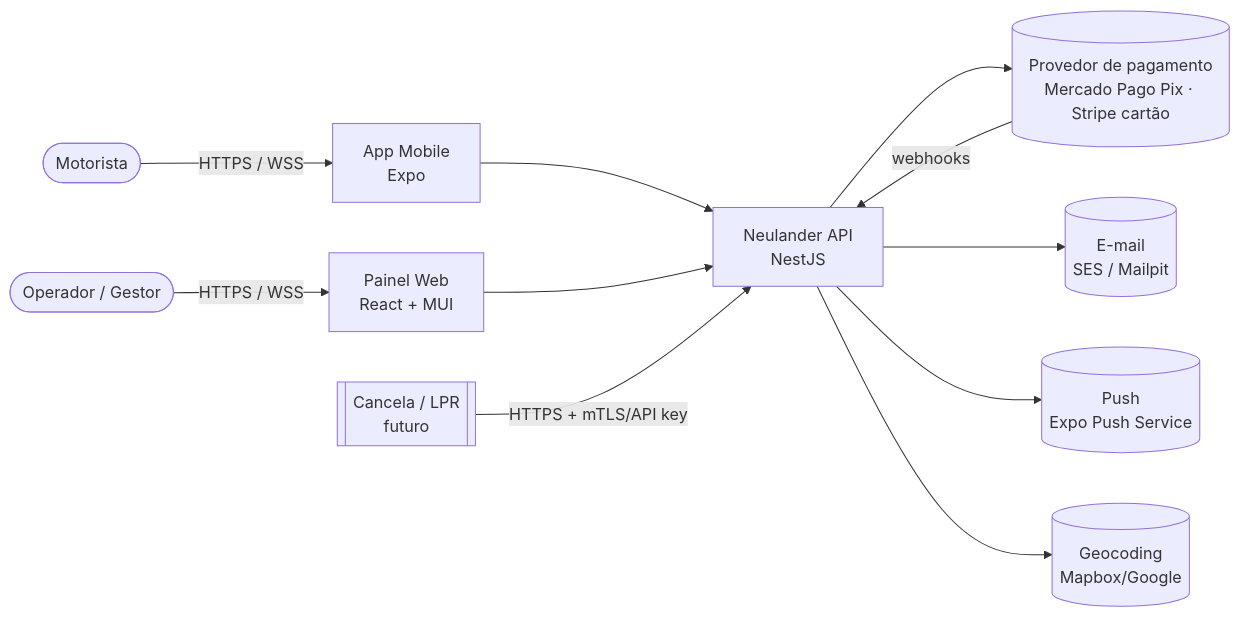
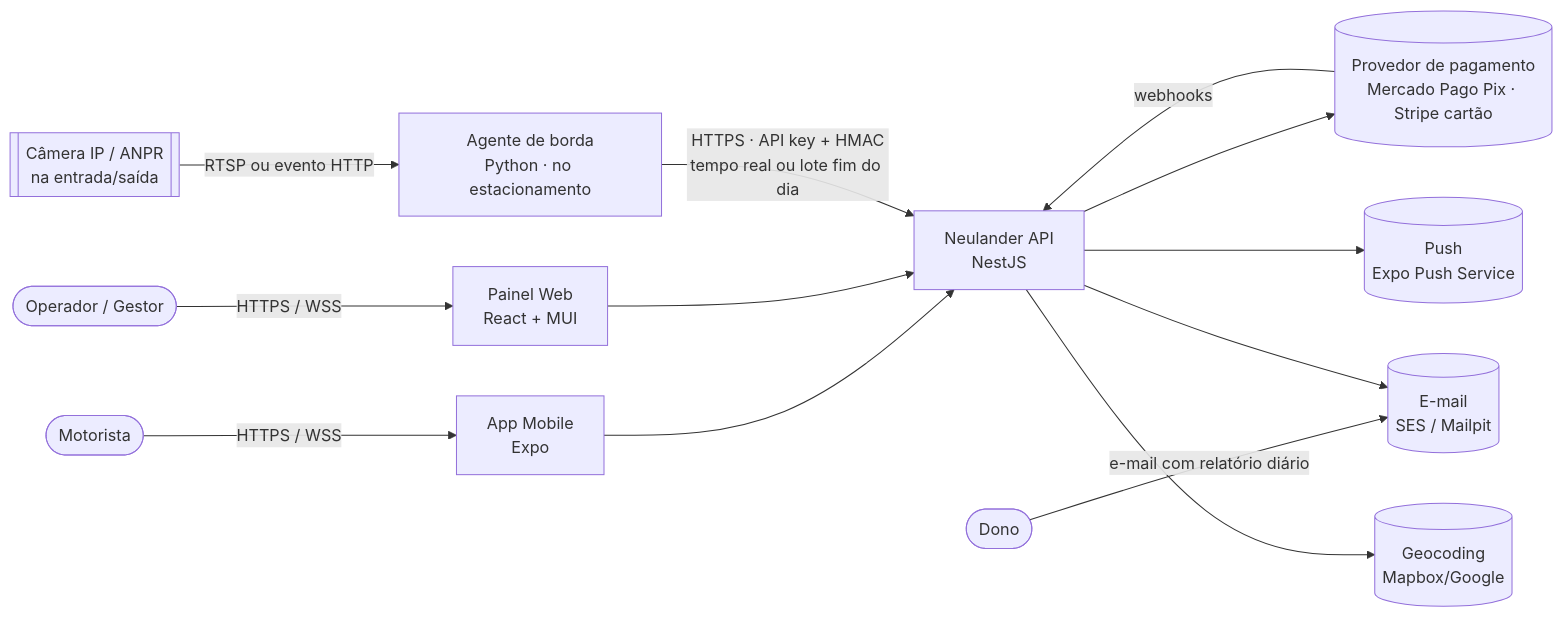
One commit to kuroneko83/neulander_parking changed the first of 3 diagrams in docs/architecture/system-design.md. Above: the diagram before and after it, drawn with Mermaid. The commit also changed other lines of this file and 18 other files, not shown here.

First line of the commit message:
docs: add LPR camera tracking and daily owner report to core scope

````diff
--- a/docs/architecture/system-design.md
+++ b/docs/architecture/system-design.md
@@ -49,13 +59,15 @@
 ```mermaid
 flowchart LR
   driver([Motorista]) -->|HTTPS / WSS| mobile[App Mobile\nExpo]
   operator([Operador / Gestor]) -->|HTTPS / WSS| web[Painel Web\nReact + MUI]
   mobile --> api
   web --> api
-  gate[[Cancela / LPR\nfuturo]] -->|HTTPS + mTLS/API key| api
+  cam[[Câmera IP / ANPR\nna entrada/saída]] -->|RTSP ou evento HTTP| edge[Agente de borda\nPython · no estacionamento]
+  edge -->|HTTPS · API key + HMAC\ntempo real ou lote fim do dia| api
+  owner([Dono]) -->|e-mail com relatório diário| email
   api[Neulander API\nNestJS] --> psp[(Provedor de pagamento\nMercado Pago Pix · Stripe cartão)]
   psp -->|webhooks| api
   api --> email[(E-mail\nSES / Mailpit)]
   api --> push[(Push\nExpo Push Service)]
   api --> maps[(Geocoding\nMapbox/Google)]
 ```
````
